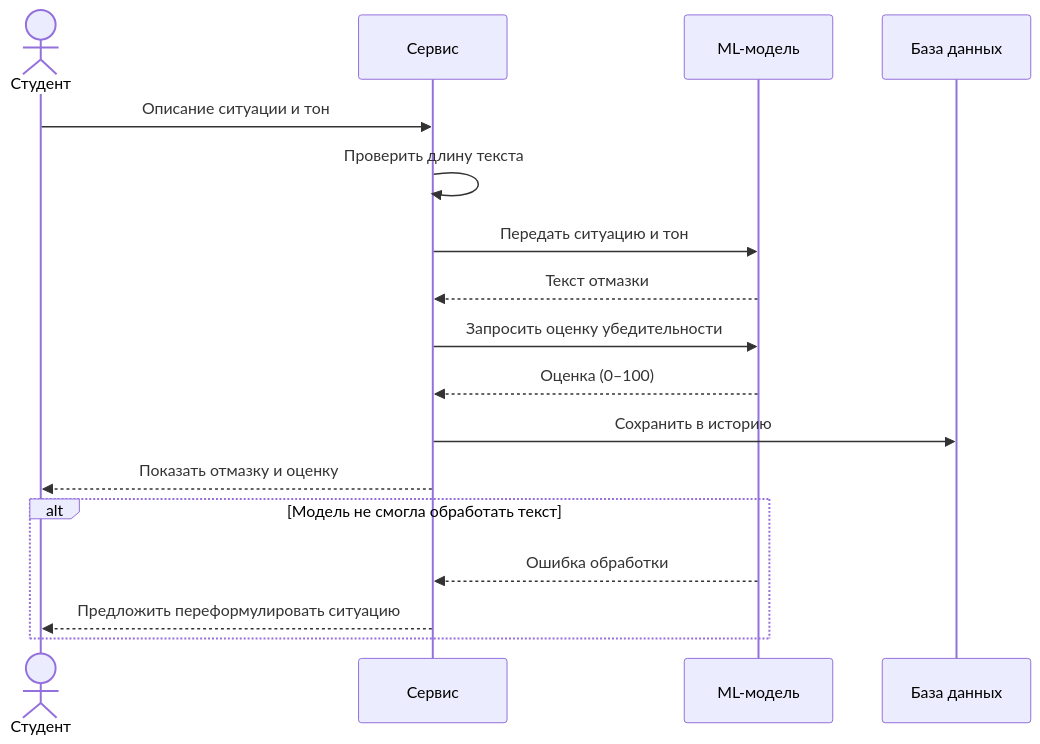
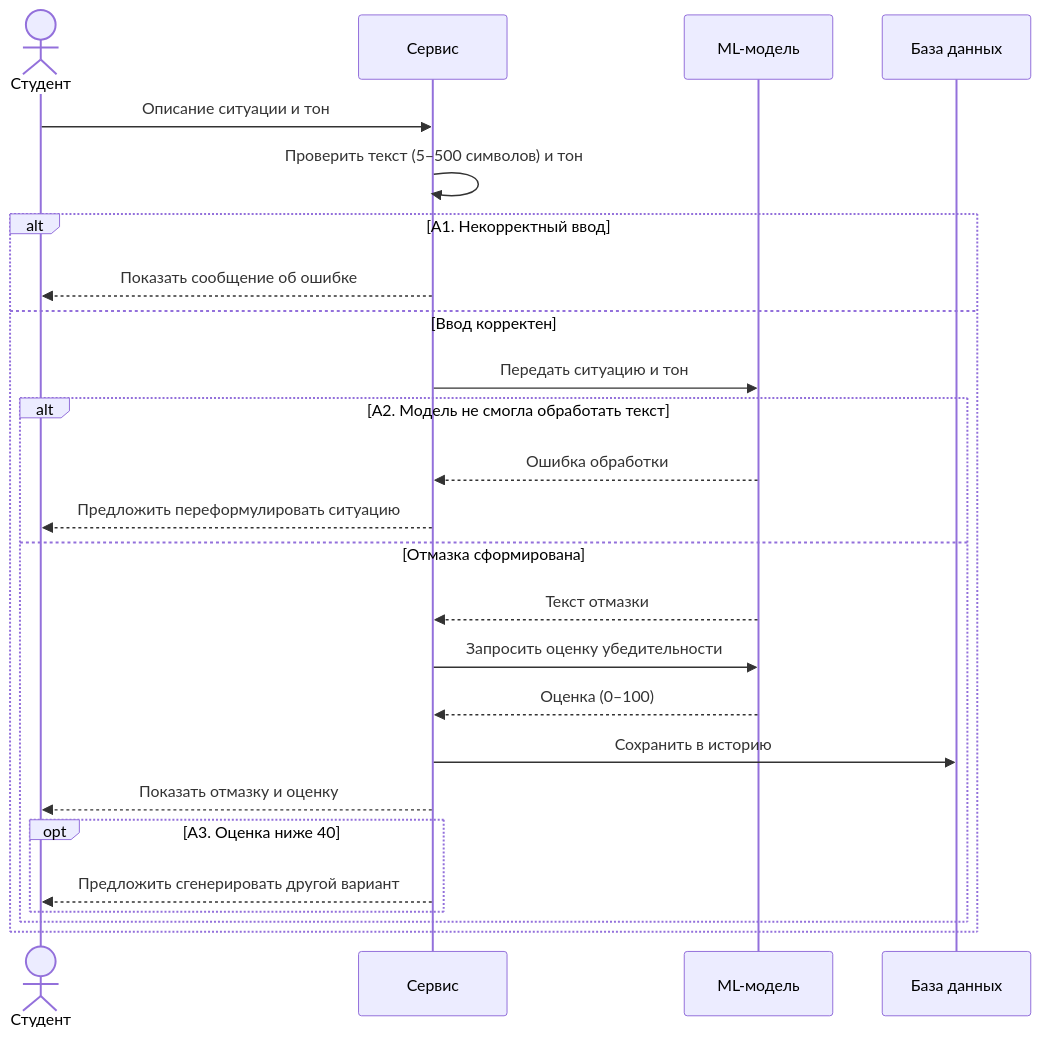
Before and after one commit to tywin812/docs-as-code: the first of 2 diagrams in docs/project/diagrams.md, drawn with Mermaid. The commit also changed 4 other files, not shown here.

````diff
--- a/docs/project/diagrams.md
+++ b/docs/project/diagrams.md
@@ -7,21 +7,31 @@
 ```mermaid
 sequenceDiagram
     actor User as Студент
     participant App as Сервис
     participant Model as ML-модель
     participant DB as База данных
 
     User->>App: Описание ситуации и тон
-    App->>App: Проверить длину текста
-    App->>Model: Передать ситуацию и тон
-    Model-->>App: Текст отмазки
-    App->>Model: Запросить оценку убедительности
-    Model-->>App: Оценка (0–100)
-    App->>DB: Сохранить в историю
-    App-->>User: Показать отмазку и оценку
+    App->>App: Проверить текст (5–500 символов) и тон
 
-    alt Модель не смогла обработать текст
-        Model-->>App: Ошибка обработки
-        App-->>User: Предложить переформулировать ситуацию
+    alt A1. Некорректный ввод
+        App-->>User: Показать сообщение об ошибке
+    else Ввод корректен
+        App->>Model: Передать ситуацию и тон
+
+        alt A2. Модель не смогла обработать текст
+            Model-->>App: Ошибка обработки
+            App-->>User: Предложить переформулировать ситуацию
+        else Отмазка сформирована
+            Model-->>App: Текст отмазки
+            App->>Model: Запросить оценку убедительности
+            Model-->>App: Оценка (0–100)
+            App->>DB: Сохранить в историю
+            App-->>User: Показать отмазку и оценку
+
+            opt A3. Оценка ниже 40
+                App-->>User: Предложить сгенерировать другой вариант
+            end
+        end
     end
 ```
````
